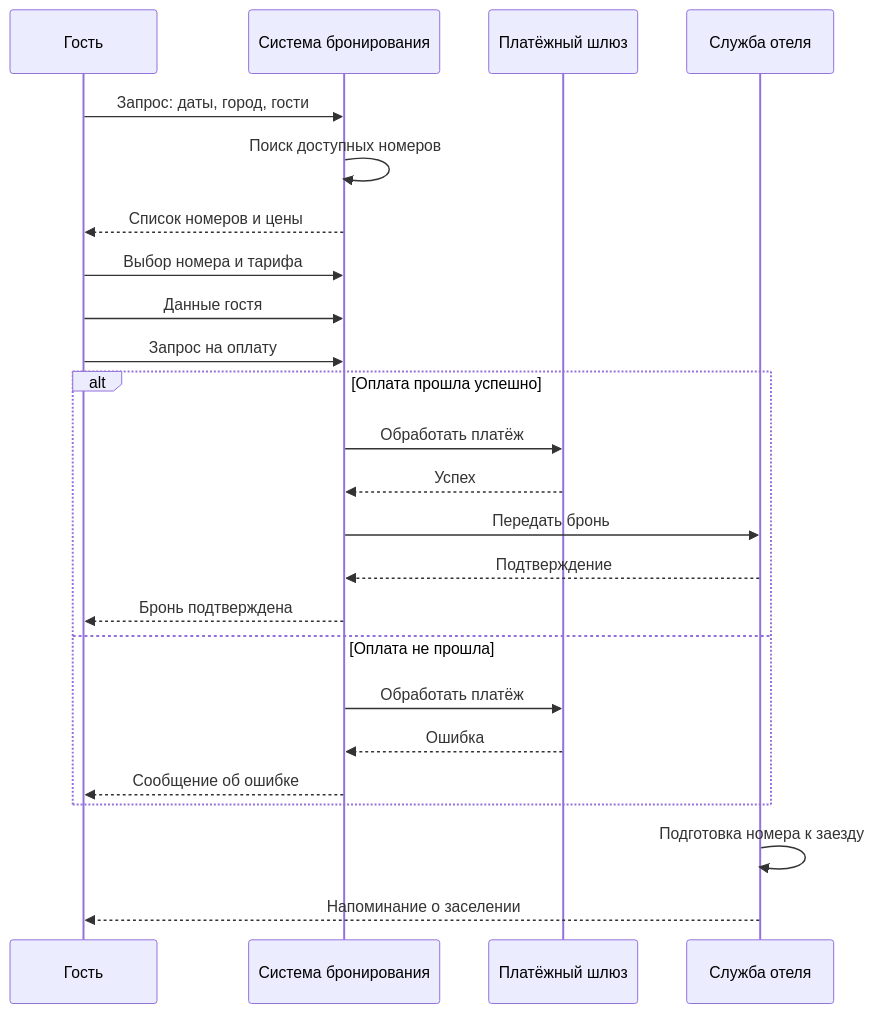
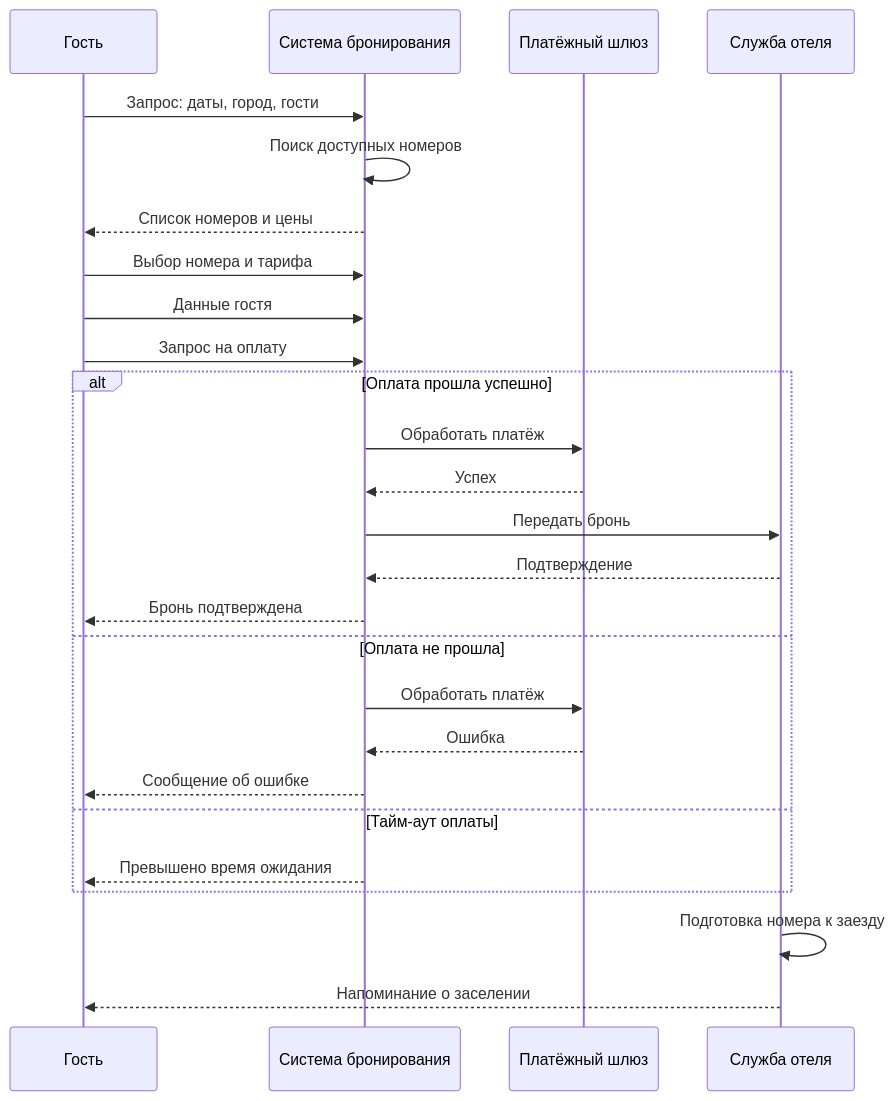
The diagram in lab1/docs/sequence.md (merxsai/visual-programming-labs-gavrilovets), drawn with Mermaid before and after one commit. The commit also changed 1 other file, not shown here.

Commit message:
Update Mermaid diagrams: add minor elements

````diff
--- a/lab1/docs/sequence.md
+++ b/lab1/docs/sequence.md
@@ -3,29 +3,31 @@
 ```mermaid
 sequenceDiagram
     participant G as Гость
     participant S as Система бронирования
     participant P as Платёжный шлюз
     participant H as Служба отеля
 
     G->>S: Запрос: даты, город, гости
     S->>S: Поиск доступных номеров
     S-->>G: Список номеров и цены
     G->>S: Выбор номера и тарифа
     G->>S: Данные гостя
     G->>S: Запрос на оплату
 
     alt Оплата прошла успешно
         S->>P: Обработать платёж
         P-->>S: Успех
         S->>H: Передать бронь
         H-->>S: Подтверждение
         S-->>G: Бронь подтверждена
     else Оплата не прошла
         S->>P: Обработать платёж
         P-->>S: Ошибка
-        S-->>G: Сообщение об ошибке
+        S-->>G: Сообщение об ошибке    
+    else Тайм-аут оплаты
+        S-->>G: Превышено время ожидания
     end
 
     H->>H: Подготовка номера к заезду
     H-->>G: Напоминание о заселении
 ```
````
